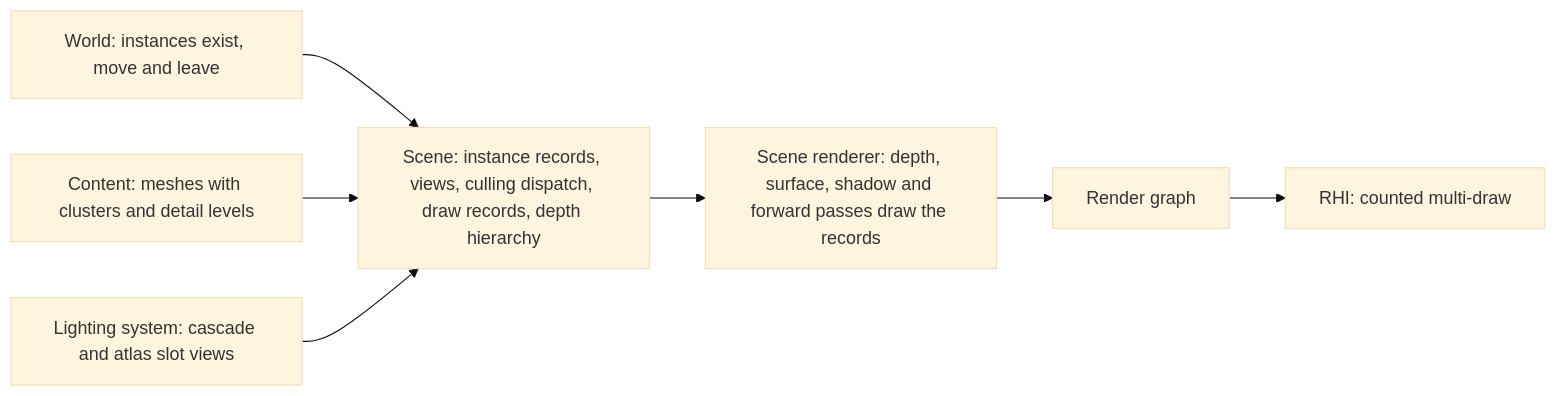
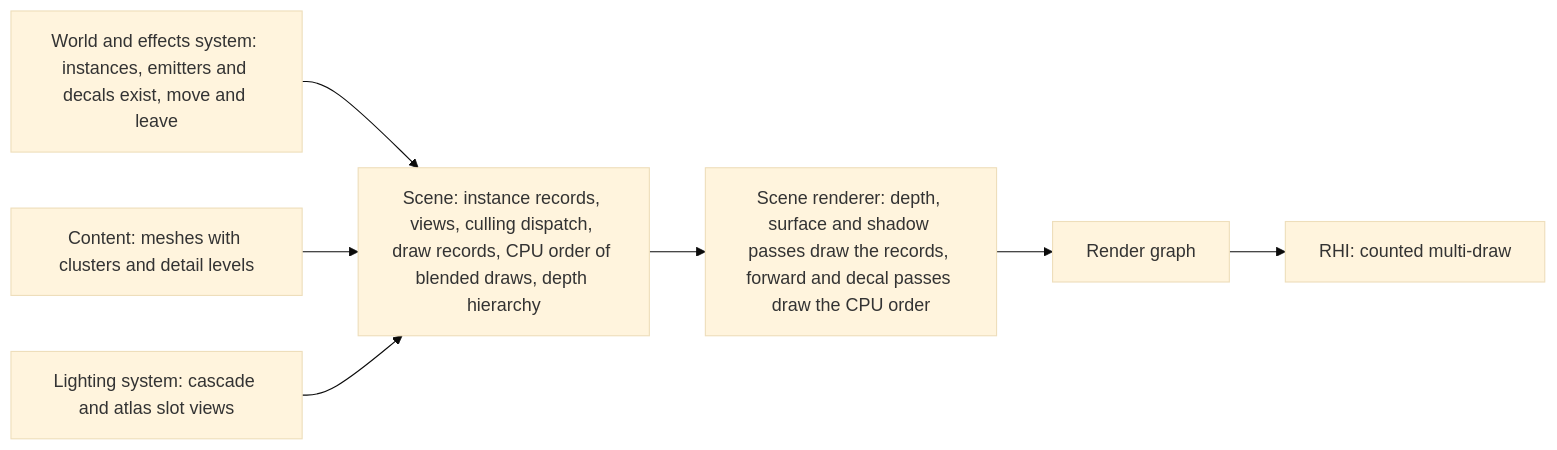
The first of 2 diagrams in docs/architecture/scene.md (plainsight-systems/bullet-witch), drawn with Mermaid (base theme) before and after one commit. The commit also changed other lines of this file and 13 other files, not shown here.

````diff
--- a/docs/architecture/scene.md
+++ b/docs/architecture/scene.md
@@ -26,9 +27,9 @@
 ```mermaid
 flowchart LR
-    W["World: instances exist, move and leave"] --> S["Scene: instance records, views, culling dispatch, draw records, depth hierarchy"]
+    W["World and effects system: instances, emitters and decals exist, move and leave"] --> S["Scene: instance records, views, culling dispatch, draw records, CPU order of blended draws, depth hierarchy"]
     CT["Content: meshes with clusters and detail levels"] --> S
     LT["Lighting system: cascade and atlas slot views"] --> S
-    S --> SR["Scene renderer: depth, surface, shadow and forward passes draw the records"]
+    S --> SR["Scene renderer: depth, surface and shadow passes draw the records, forward and decal passes draw the CPU order"]
     SR --> RG["Render graph"]
     RG --> RHI["RHI: counted multi-draw"]
 ```
````
